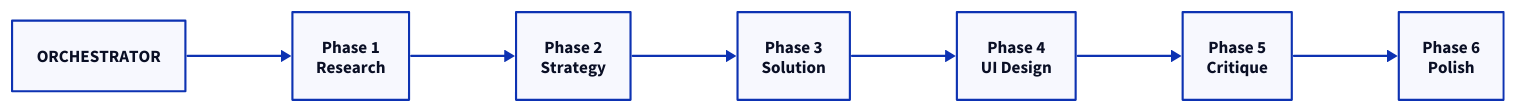
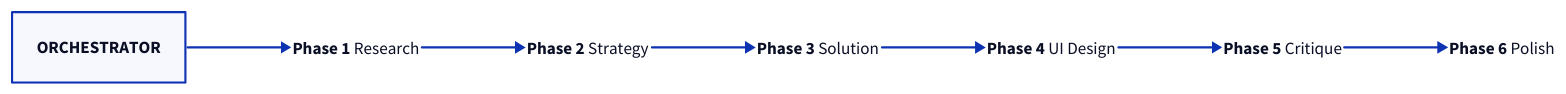
One commit to smileynet/ui-optimizer changed the second of 9 diagrams in docs/reference/diagram-comparison.md. Above: the diagram before and after it, drawn with D2. The commit also changed other lines of this file and 8 other files, not shown here.

First line of the commit message:
feat: add diagram best practices and consistent styling

````diff
--- a/docs/reference/diagram-comparison.md
+++ b/docs/reference/diagram-comparison.md
@@ -36,15 +36,33 @@
 ```d2
 direction: right
 
 orchestrator: ORCHESTRATOR
 
-p1: Phase 1\nResearch
-p2: Phase 2\nStrategy
-p3: Phase 3\nSolution
-p4: Phase 4\nUI Design
-p5: Phase 5\nCritique
-p6: Phase 6\nPolish
+p1: |md
+  **Phase 1**
+  Research
+|
+p2: |md
+  **Phase 2**
+  Strategy
+|
+p3: |md
+  **Phase 3**
+  Solution
+|
+p4: |md
+  **Phase 4**
+  UI Design
+|
+p5: |md
+  **Phase 5**
+  Critique
+|
+p6: |md
+  **Phase 6**
+  Polish
+|
 
 orchestrator -> p1
 p1 -> p2 -> p3 -> p4 -> p5 -> p6
 ```
````
